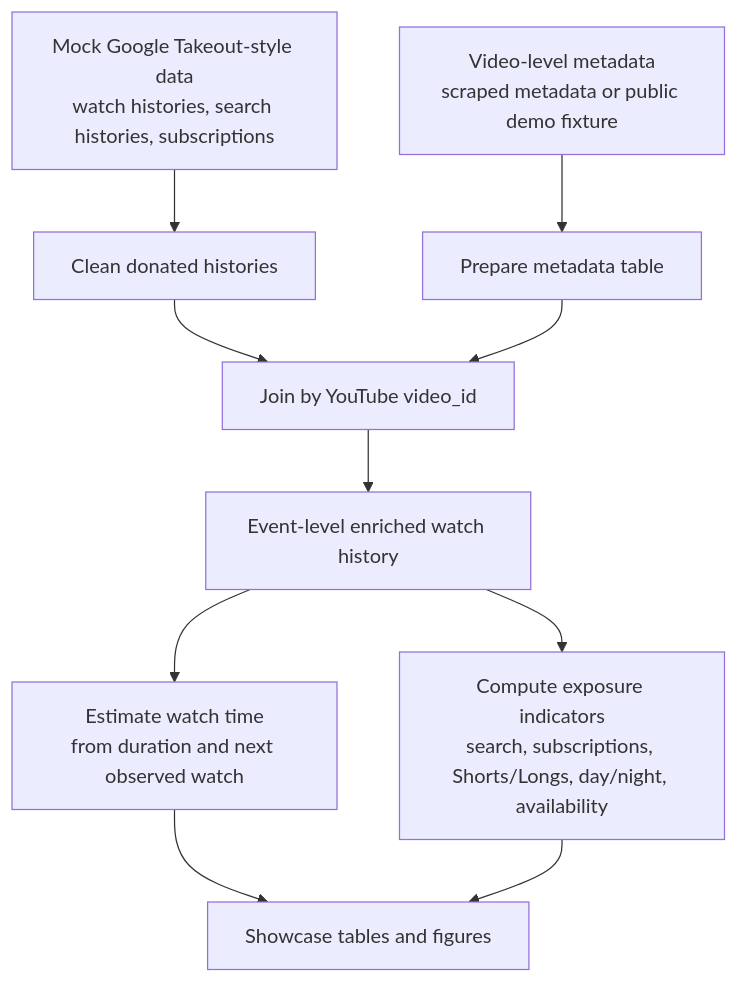
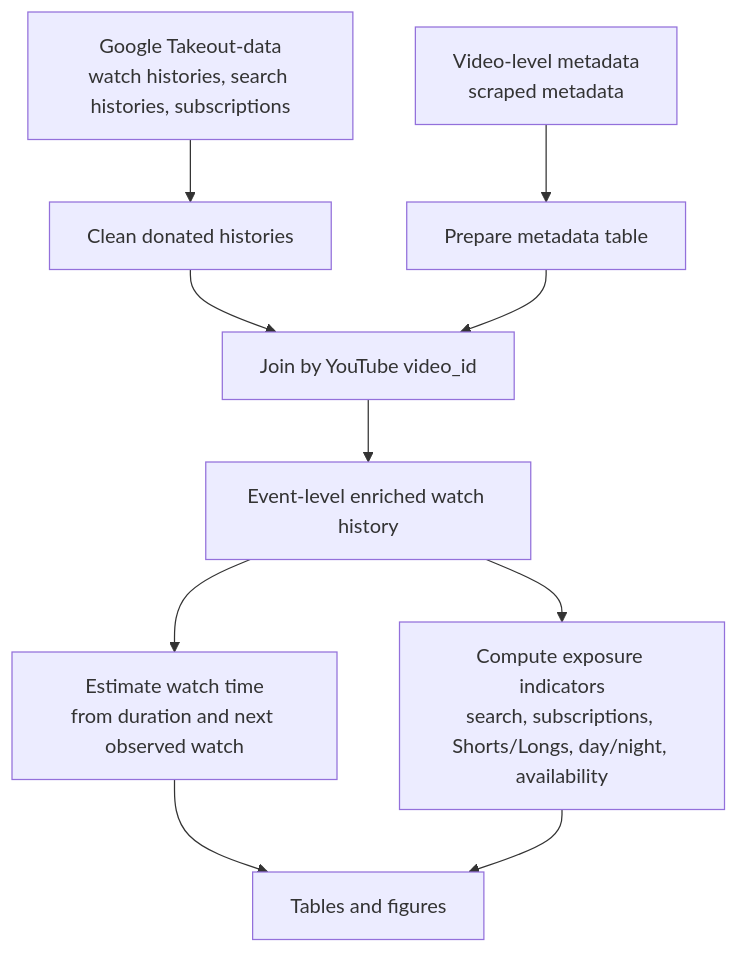
Before and after one commit to 2U2N/YouTube-donation-plus-dsa: the diagram in index.qmd, drawn with Mermaid.

Commit message:
improved flowchart

````diff
--- a/index.qmd
+++ b/index.qmd
@@ -71,12 +71,12 @@
 ```{mermaid}
 flowchart TD
-  A["Mock Google Takeout-style data<br/>watch histories, search histories, subscriptions"] --> B["Clean donated histories"]
-  C["Video-level metadata<br/>scraped metadata or public demo fixture"] --> D["Prepare metadata table"]
+  A["Google Takeout-data<br/>watch histories, search histories, subscriptions"] --> B["Clean donated histories"]
+  C["Video-level metadata<br/>scraped metadata"] --> D["Prepare metadata table"]
   B --> E["Join by YouTube video_id"]
   D --> E
   E --> F["Event-level enriched watch history"]
   F --> G["Estimate watch time<br/>from duration and next observed watch"]
   F --> H["Compute exposure indicators<br/>search, subscriptions, Shorts/Longs, day/night, availability"]
-  G --> I["Showcase tables and figures"]
+  G --> I["Tables and figures"]
   H --> I
 ```
````
